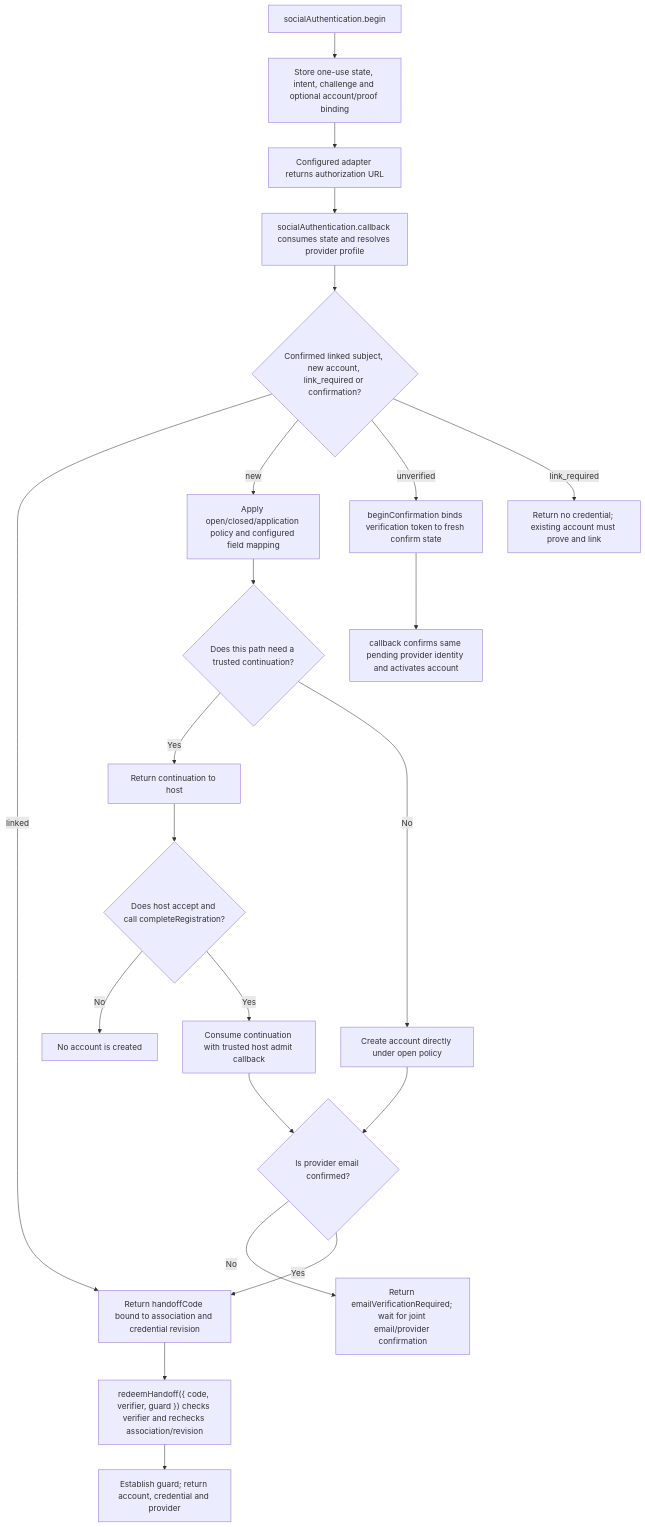
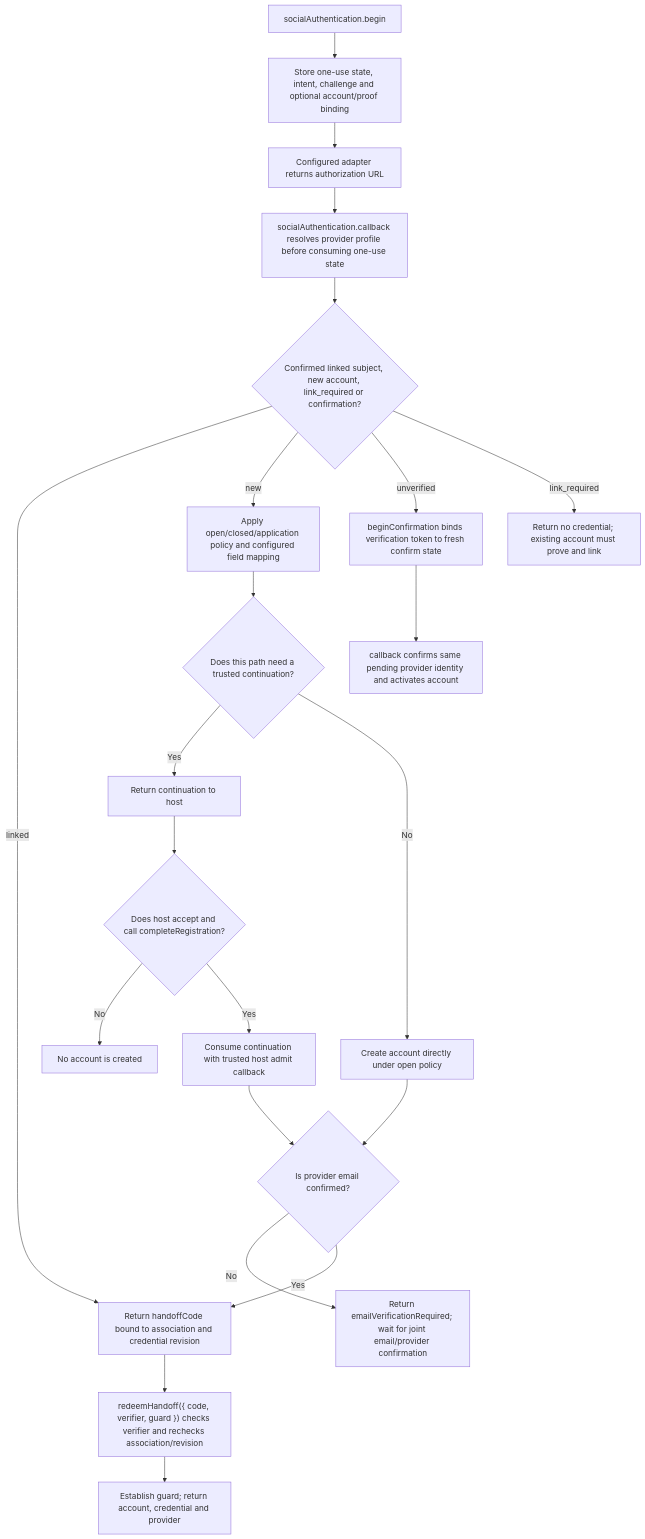
One commit to Kevinjohn/oss-adonisjs-account-kit changed the second of 2 diagrams in user-stories/US-ACCOUNT-20-social-sign-in.md. Above: the diagram before and after it, drawn with Mermaid. The commit also changed 17 other files, not shown here.

````diff
--- a/user-stories/US-ACCOUNT-20-social-sign-in.md
+++ b/user-stories/US-ACCOUNT-20-social-sign-in.md
@@ -43,24 +43,24 @@
 ```mermaid
 flowchart TD
  A["socialAuthentication.begin"] --> B["Store one-use state, intent, challenge and optional account/proof binding"]
  B --> C["Configured adapter returns authorization URL"]
- C --> D["socialAuthentication.callback consumes state and resolves provider profile"]
+ C --> D["socialAuthentication.callback resolves provider profile before consuming one-use state"]
  D --> E{"Confirmed linked subject, new account, link_required or confirmation?"}
  E -->|linked| F["Return handoffCode bound to association and credential revision"]
  F --> G["redeemHandoff({ code, verifier, guard }) checks verifier and rechecks association/revision"]
  G --> H["Establish guard; return account, credential and provider"]
  E -->|new| I["Apply open/closed/application policy and configured field mapping"]
  I --> J{"Does this path need a trusted continuation?"}
  J -->|Yes| K["Return continuation to host"]
  K --> L{"Does host accept and call completeRegistration?"}
  L -->|No| M["No account is created"]
  L -->|Yes| N["Consume continuation with trusted host admit callback"]
  J -->|No| O["Create account directly under open policy"]
  N --> P{"Is provider email confirmed?"}
  O --> P
  P -->|No| Q["Return emailVerificationRequired; wait for joint email/provider confirmation"]
  P -->|Yes| F
  E -->|unverified| R["beginConfirmation binds verification token to fresh confirm state"]
  R --> S["callback confirms same pending provider identity and activates account"]
  E -->|link_required| T["Return no credential; existing account must prove and link"]
 ```
````
